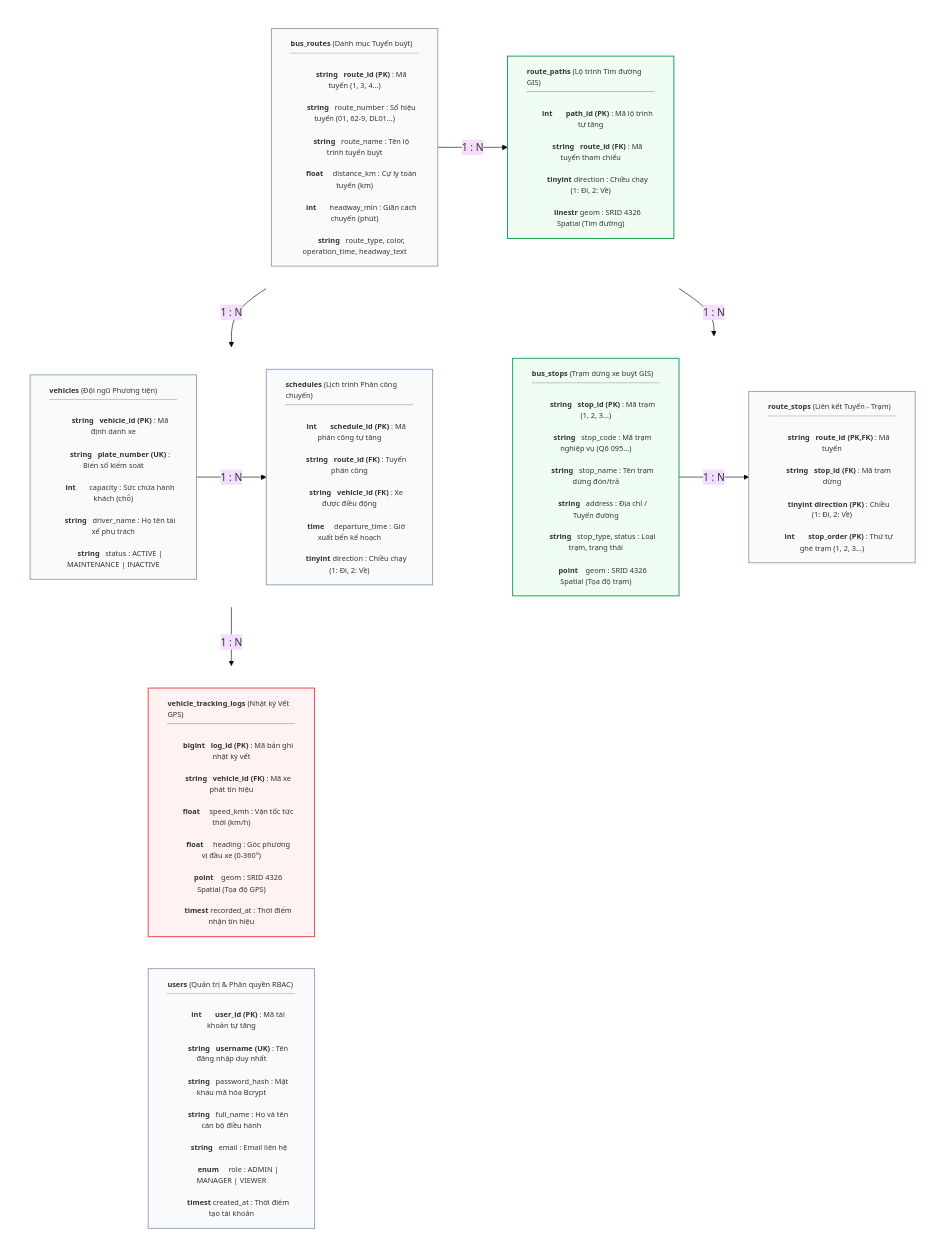
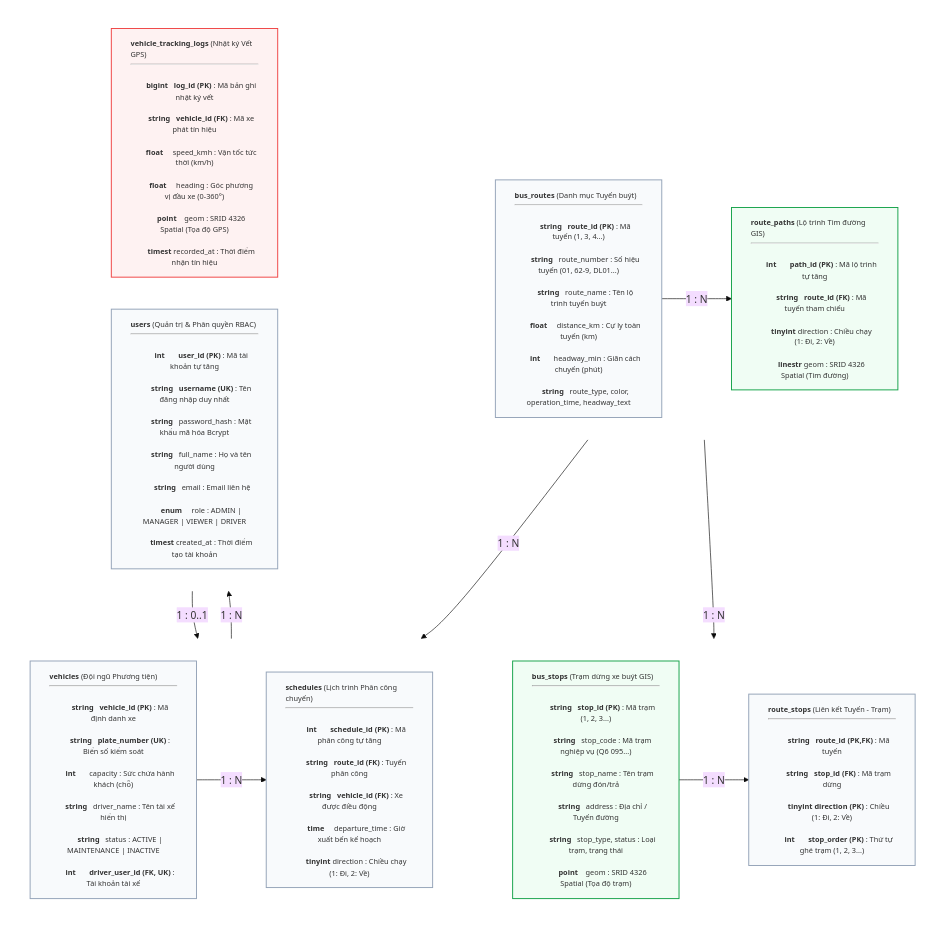
One commit to tungnguyen8389/bus-gis-tracking changed the diagram in docs/DATABASE_SPECIFICATION.md. Above: the diagram before and after it, drawn with Mermaid (base theme). The commit also changed other lines of this file and 2 other files, not shown here.

```diff
--- a/docs/DATABASE_SPECIFICATION.md
+++ b/docs/DATABASE_SPECIFICATION.md
@@ -105,8 +121,9 @@
         <b>string</b> &nbsp; <b>vehicle_id (PK)</b> : Mã định danh xe<br/>
         <b>string</b> &nbsp; <b>plate_number (UK)</b> : Biển số kiểm soát<br/>
         <b>int</b> &nbsp;&nbsp;&nbsp;&nbsp;&nbsp; capacity : Sức chứa hành khách (chỗ)<br/>
-        <b>string</b> &nbsp; driver_name : Họ tên tài xế phụ trách<br/>
-        <b>string</b> &nbsp; status : ACTIVE | MAINTENANCE | INACTIVE"]:::tblBody
+        <b>string</b> &nbsp; driver_name : Tên tài xế hiển thị<br/>
+        <b>string</b> &nbsp; status : ACTIVE | MAINTENANCE | INACTIVE<br/>
+        <b>int</b> &nbsp;&nbsp;&nbsp;&nbsp;&nbsp; <b>driver_user_id (FK, UK)</b> : Tài khoản tài xế"]:::tblBody
 
         T_SCHEDULES["<b>schedules</b> (Lịch trình Phân công chuyến)<hr/>
         <b>int</b> &nbsp;&nbsp;&nbsp;&nbsp;&nbsp; <b>schedule_id (PK)</b> : Mã phân công tự tăng<br/>
@@ -133,9 +150,9 @@
         <b>int</b> &nbsp;&nbsp;&nbsp;&nbsp;&nbsp; <b>user_id (PK)</b> : Mã tài khoản tự tăng<br/>
         <b>string</b> &nbsp; <b>username (UK)</b> : Tên đăng nhập duy nhất<br/>
         <b>string</b> &nbsp; password_hash : Mật khẩu mã hóa Bcrypt<br/>
-        <b>string</b> &nbsp; full_name : Họ và tên cán bộ điều hành<br/>
+        <b>string</b> &nbsp; full_name : Họ và tên người dùng<br/>
         <b>string</b> &nbsp; email : Email liên hệ<br/>
-        <b>enum</b> &nbsp;&nbsp;&nbsp; role : ADMIN | MANAGER | VIEWER<br/>
+        <b>enum</b> &nbsp;&nbsp;&nbsp; role : ADMIN | MANAGER | VIEWER | DRIVER<br/>
         <b>timest</b> created_at : Thời điểm tạo tài khoản"]:::tblBody
     end
 
@@ -149,6 +166,7 @@
     T_ROUTES -->|1 : N| T_SCHEDULES
     T_VEHICLES -->|1 : N| T_SCHEDULES
     T_VEHICLES -->|1 : N| T_LOGS
+    T_USERS -->|"1 : 0..1"| T_VEHICLES
 
     %% Ẩn khung bao để tạo 4 dòng bảng tự nhiên
     style ROW1 fill:none,stroke:none;
```
